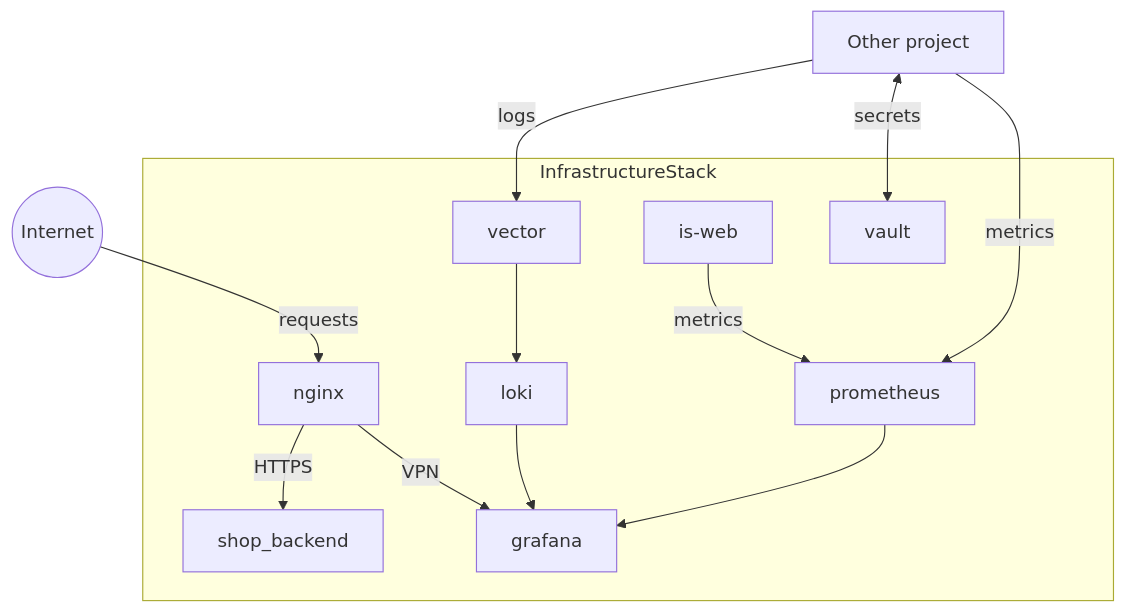
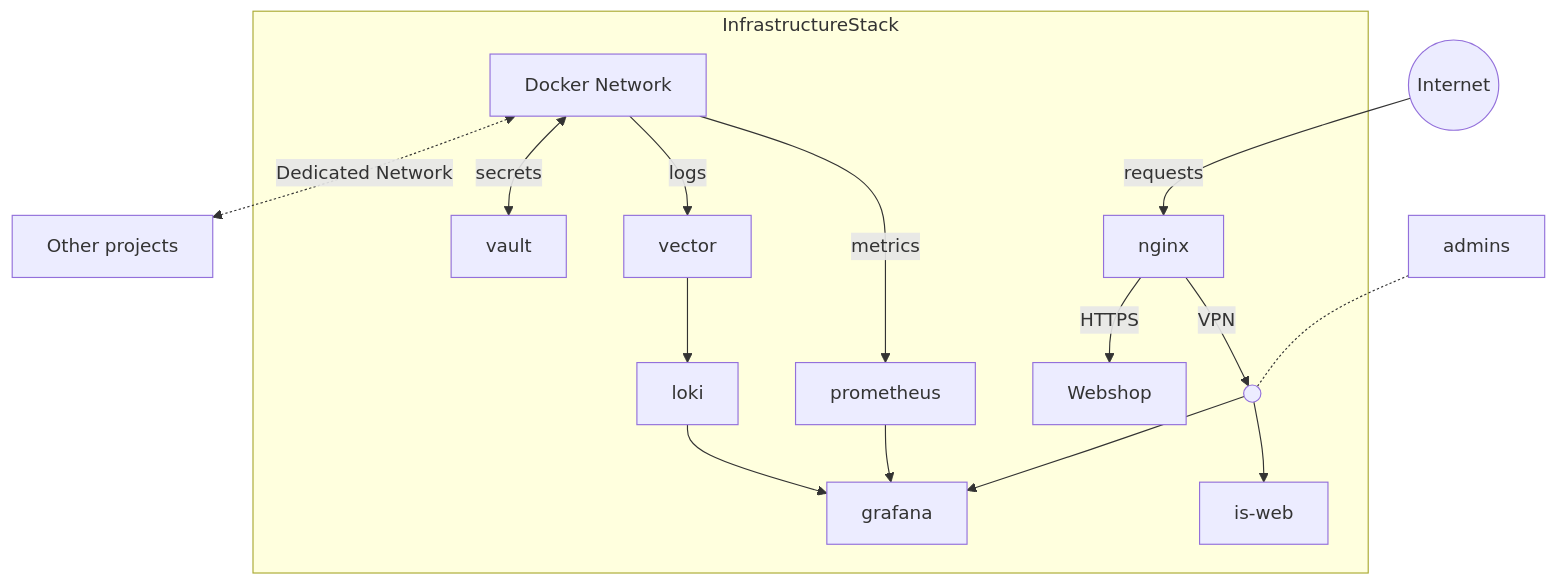
The second of 4 diagrams in SOFTWARE_ECOSYSTEM.md (MKRO-JWL/pjs-ecosystem-docs), drawn with Mermaid before and after one commit. The commit also changed other lines of this file, not shown here.

````diff
--- a/SOFTWARE_ECOSYSTEM.md
+++ b/SOFTWARE_ECOSYSTEM.md
@@ -89,16 +89,20 @@
 ```mermaid
-graph TD
+graph TB
     subgraph InfrastructureStack
-        shop_backend
-        isweb[is-web] --> |metrics| prometheus
-        nginx --> |VPN| grafana
-        nginx --> |HTTPS| shop_backend
+        nginx --> |VPN| vpn_junction(( ))
+        vpn_junction --> is-web
+        vpn_junction --> grafana
+        nginx --> |HTTPS| Webshop
         vector --> loki --> grafana
         prometheus --> grafana
         vault
+        net[Docker Network]
     end
-    other[Other project] -->|metrics| prometheus
-    other -->|logs| vector
-    other <-->|secrets| vault
+    other[Other projects]
+    net --> |metrics| prometheus
+    net -->|logs| vector
+    net <-->|secrets| vault
+    net <-.-> |Dedicated Network|other
     Internet((Internet)) -->|requests| nginx
+    admins -.- vpn_junction
 ```
````
